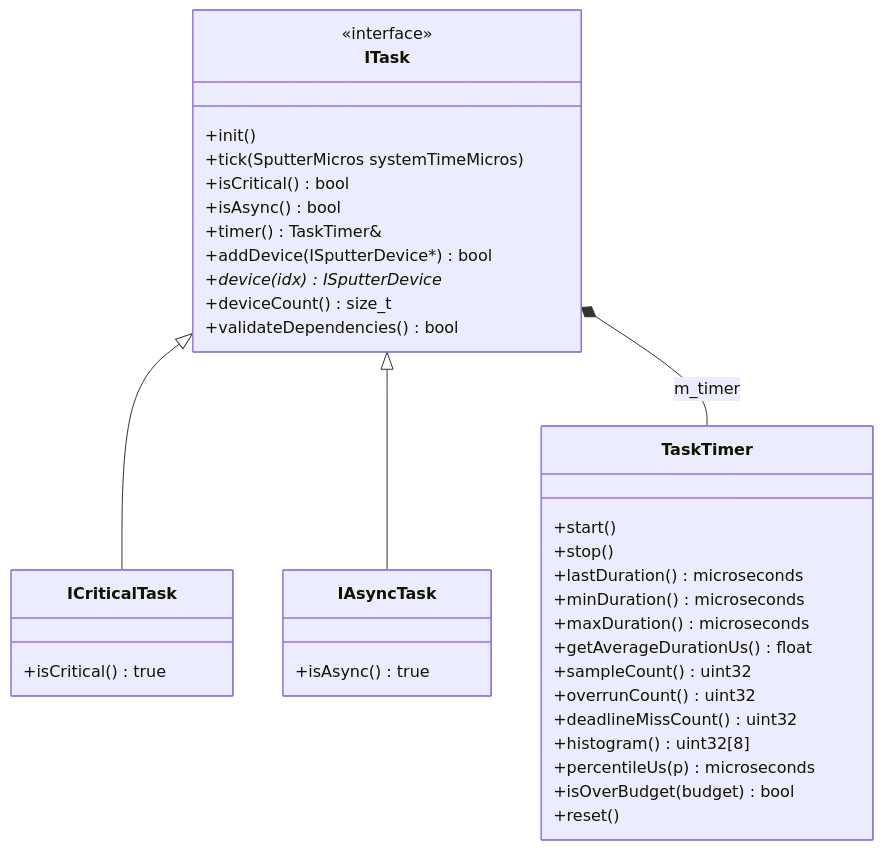
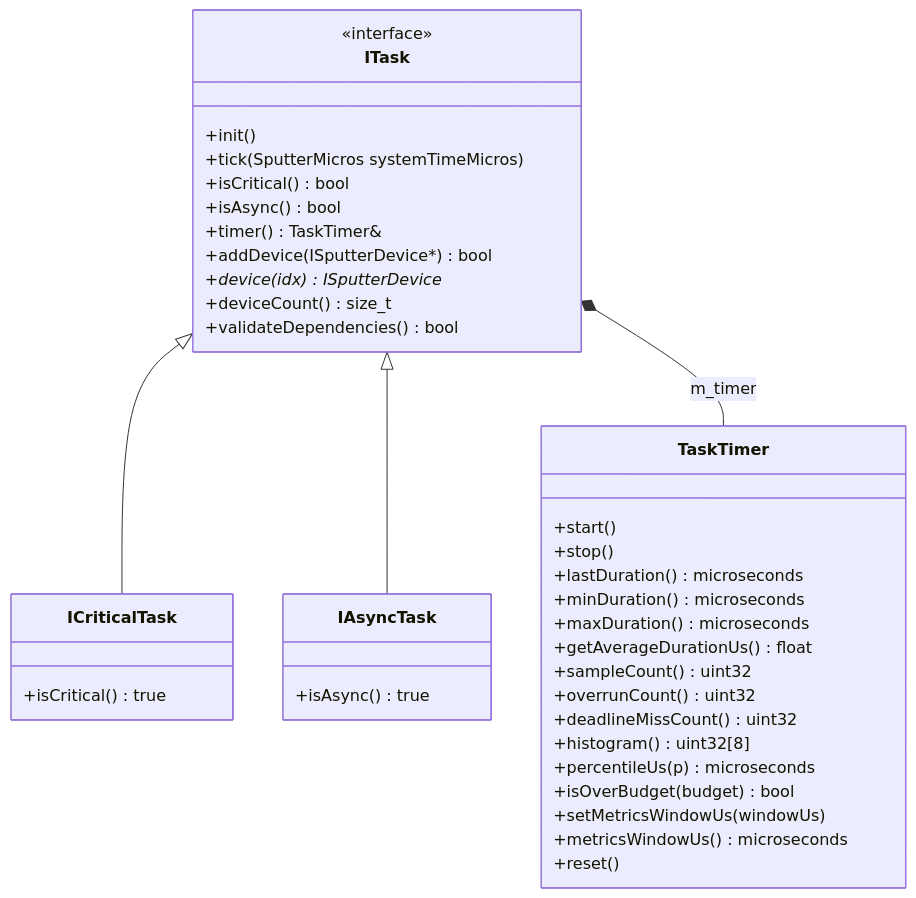
One commit to BlastermanR/SputterOS changed the third of 6 diagrams in docs/SystemArchitecture.md. Above: the diagram before and after it, drawn with Mermaid. The commit also changed other lines of this file and 11 other files, not shown here.

````diff
--- a/docs/SystemArchitecture.md
+++ b/docs/SystemArchitecture.md
@@ -280,40 +280,42 @@
 ```mermaid
 classDiagram
     class ITask {
         <<interface>>
         +init()
         +tick(SputterMicros systemTimeMicros)
         +isCritical() bool
         +isAsync() bool
         +timer() TaskTimer&
         +addDevice(ISputterDevice*) bool
         +device(idx) ISputterDevice*
         +deviceCount() size_t
         +validateDependencies() bool
     }
     class ICriticalTask {
         +isCritical() true
     }
     class IAsyncTask {
         +isAsync() true
     }
     class TaskTimer {
         +start()
         +stop()
         +lastDuration() microseconds
         +minDuration() microseconds
         +maxDuration() microseconds
         +getAverageDurationUs() float
         +sampleCount() uint32
         +overrunCount() uint32
         +deadlineMissCount() uint32
         +histogram() uint32[8]
         +percentileUs(p) microseconds
         +isOverBudget(budget) bool
+        +setMetricsWindowUs(windowUs)
+        +metricsWindowUs() microseconds
         +reset()
     }
 
     ITask <|-- ICriticalTask
     ITask <|-- IAsyncTask
     ITask *-- TaskTimer : m_timer
 ```
````
